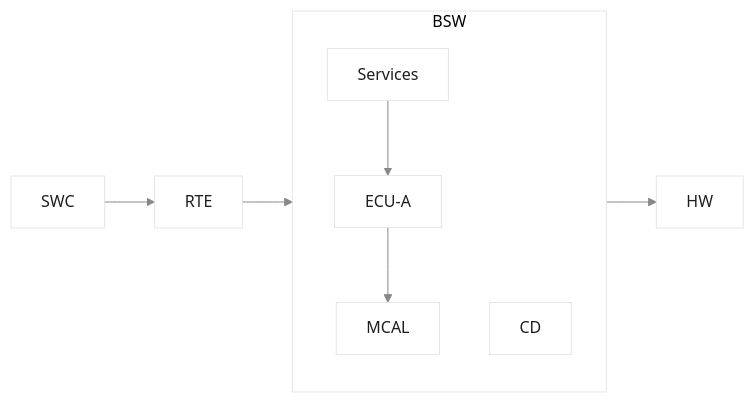
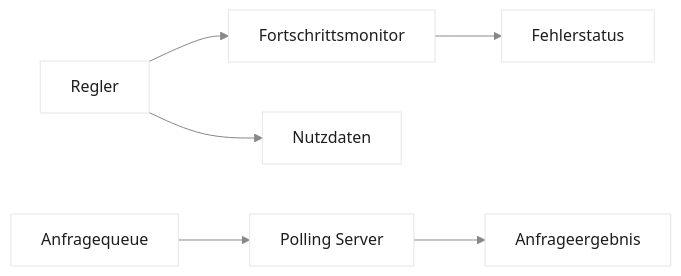
One commit to dantschi/echtzeitsysteme changed the first of 4 diagrams in vorlesungen/09_capstone-architekturmuster.qmd. Above: the diagram before and after it, drawn with Mermaid. The commit also changed other lines of this file and 23 other files, not shown here.

````diff
--- a/vorlesungen/09_capstone-architekturmuster.qmd
+++ b/vorlesungen/09_capstone-architekturmuster.qmd
@@ -374,12 +108,9 @@
 ```{mermaid}
-%%| fig-width: 5.4
-%%{init: {'theme':'base','htmlLabels':false,'flowchart':{'htmlLabels':false},'themeVariables':{'background':'#FFFFFF','primaryColor':'#FFFFFF','primaryBorderColor':'#E5E5EA','primaryTextColor':'#1D1D1F','lineColor':'#86868B'}}}%%
+%%{init: {'theme':'base','htmlLabels':false,'flowchart':{'htmlLabels':false},'themeVariables':{'background':'#FFFFFF','primaryColor':'#FFFFFF','primaryBorderColor':'#E5E5EA','primaryTextColor':'#1D1D1F','lineColor':'#86868B','fontFamily':'Inter, sans-serif'}}}%%
 flowchart LR
- A["SWC"] --> R["RTE"] --> B
- subgraph B["BSW"]
- direction TB
- S["Services"] --> E["ECU-A"] --> M["MCAL"]
- C["CD"]
- end
- B --> H["HW"]
+ R["Regler"] --> M["Fortschrittsmonitor"]
+ Q["Anfragequeue"] --> S["Polling Server"]
+ R --> Z["Nutzdaten"]
+ S --> B["Anfrageergebnis"]
+ M --> F["Fehlerstatus"]
 ```
````
